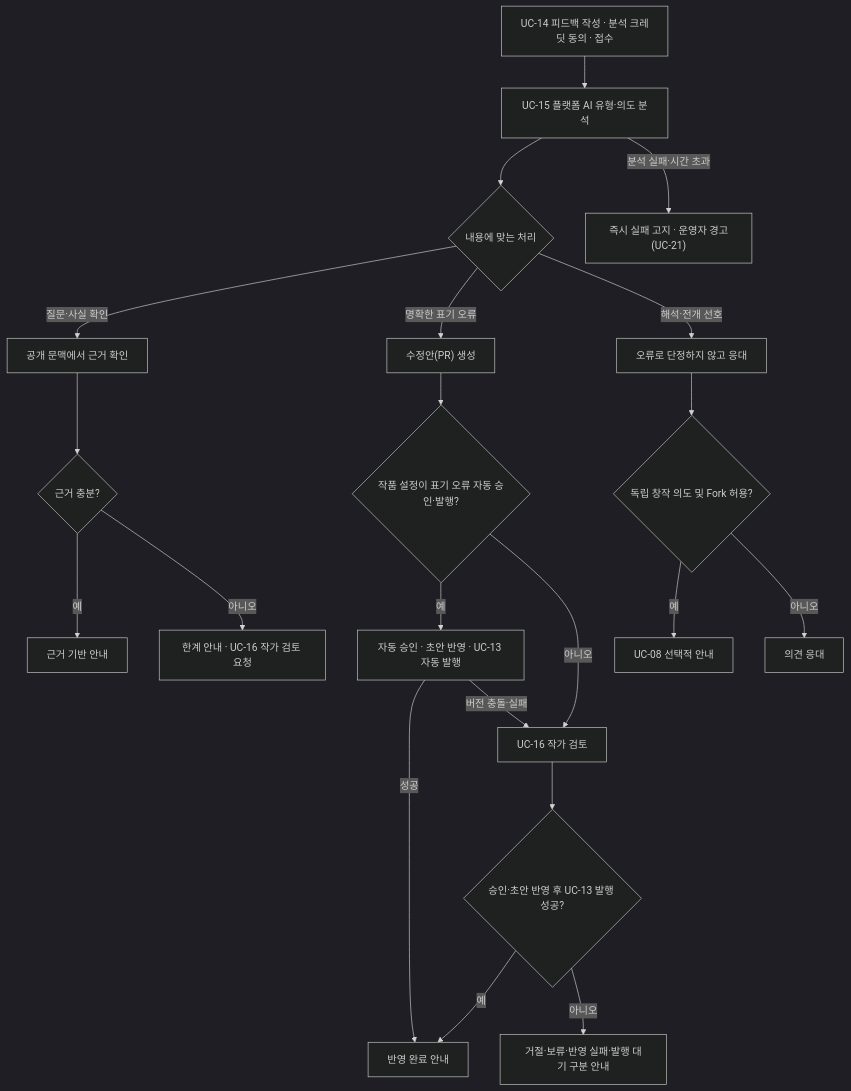
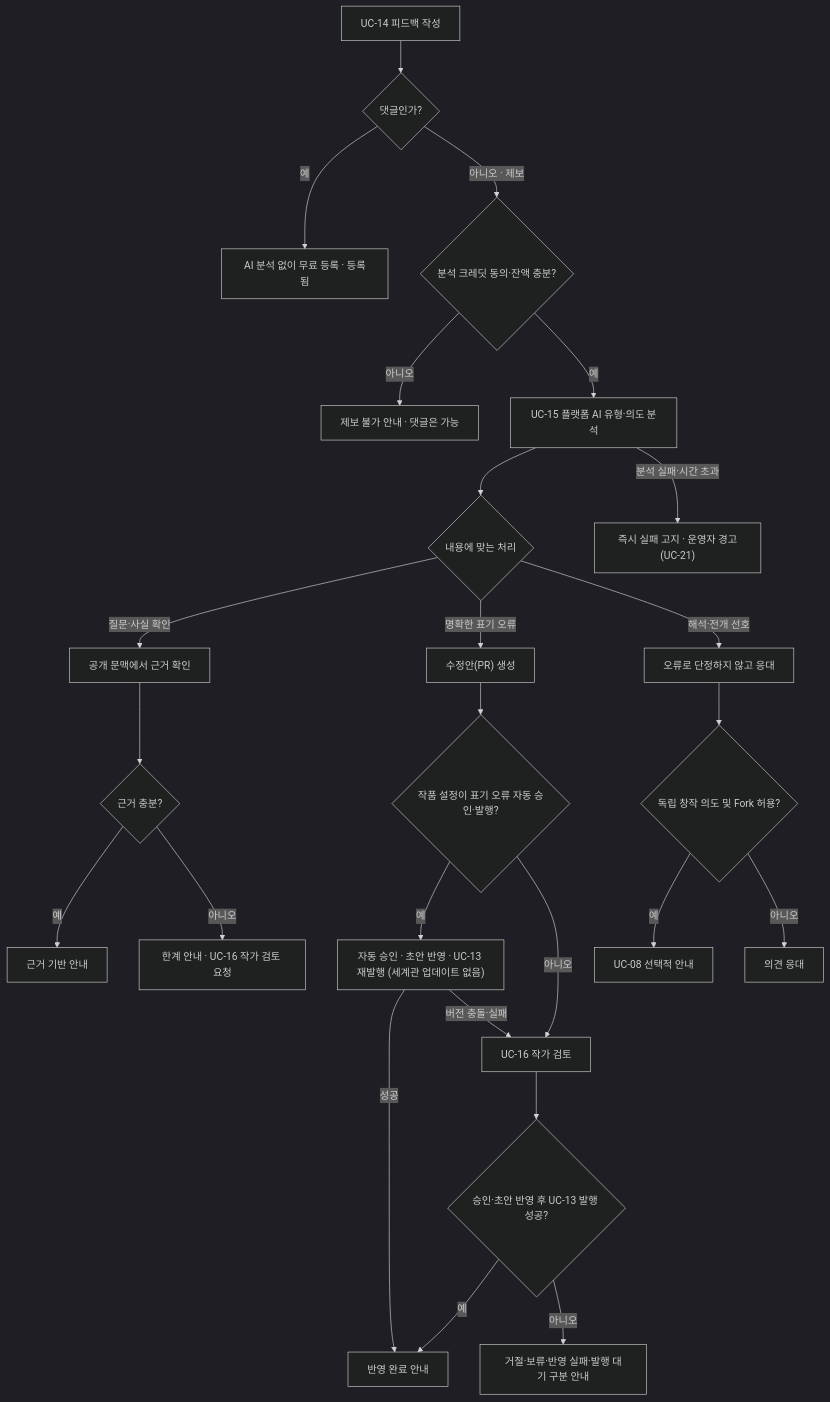
The ninth of 9 diagrams in docs/usecase.md (SKNETWORKS-FAMILY-AICAMP/SKN34-FINAL-4TEAM), drawn with Mermaid (dark theme) before and after one commit. The commit also changed other lines of this file and 17 other files, not shown here.

````diff
--- a/docs/usecase.md
+++ b/docs/usecase.md
@@ -458,23 +458,27 @@
 ```mermaid
 flowchart TD
-  A["UC-14 피드백 작성 · 분석 크레딧 동의 · 접수"] --> B["UC-15 플랫폼 AI 유형·의도 분석"]
+  A["UC-14 피드백 작성"] --> A1{"댓글인가?"}
+  A1 -->|"예"| A2["AI 분석 없이 무료 등록 · 등록됨"]
+  A1 -->|"아니오 · 제보"| A3{"분석 크레딧 동의·잔액 충분?"}
+  A3 -->|"아니오"| A4["제보 불가 안내 · 댓글은 가능"]
+  A3 -->|"예"| B["UC-15 플랫폼 AI 유형·의도 분석"]
   B --> C{"내용에 맞는 처리"}
   C -->|"질문·사실 확인"| D["공개 문맥에서 근거 확인"]
   D --> E{"근거 충분?"}
   E -->|"예"| F["근거 기반 안내"]
   E -->|"아니오"| G["한계 안내 · UC-16 작가 검토 요청"]
   C -->|"명확한 표기 오류"| H["수정안(PR) 생성"]
   H --> S{"작품 설정이 표기 오류 자동 승인·발행?"}
-  S -->|"예"| T["자동 승인 · 초안 반영 · UC-13 자동 발행"]
+  S -->|"예"| T["자동 승인 · 초안 반영 · UC-13 재발행 (세계관 업데이트 없음)"]
   S -->|"아니오"| I["UC-16 작가 검토"]
   T -->|"성공"| K["반영 완료 안내"]
   T -->|"버전 충돌·실패"| I
   I --> J{"승인·초안 반영 후 UC-13 발행 성공?"}
   J -->|"예"| K
   J -->|"아니오"| L["거절·보류·반영 실패·발행 대기 구분 안내"]
   C -->|"해석·전개 선호"| M["오류로 단정하지 않고 응대"]
   M --> N{"독립 창작 의도 및 Fork 허용?"}
   N -->|"예"| O["UC-08 선택적 안내"]
   N -->|"아니오"| P["의견 응대"]
   B -->|"분석 실패·시간 초과"| Q["즉시 실패 고지 · 운영자 경고(UC-21)"]
 ```
````
